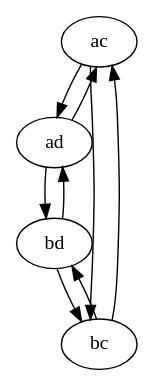
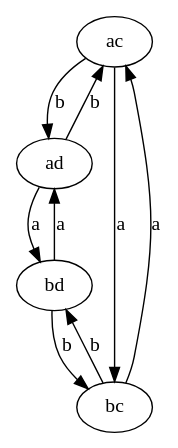
The diagram in output.dot (Antonio-Melo/COMP-Autoanalyze), drawn with Graphviz before and after one commit. The commit also changed 8 other files, not shown here.

```diff
--- a/output.dot
+++ b/output.dot
@@ -1,10 +1,10 @@
 digraph OUT {
-ac -> ad
-ac -> bc
-ad -> ac
-ad -> bd
-bc -> ac
-bc -> bd
-bd -> ad
-bd -> bc
+ac -> ad [label=b];
+ac -> bc [label=a];
+ad -> ac [label=b];
+ad -> bd [label=a];
+bc -> ac [label=a];
+bc -> bd [label=b];
+bd -> ad [label=a];
+bd -> bc [label=b];
 }
```
